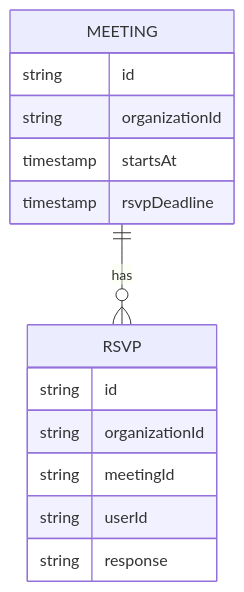
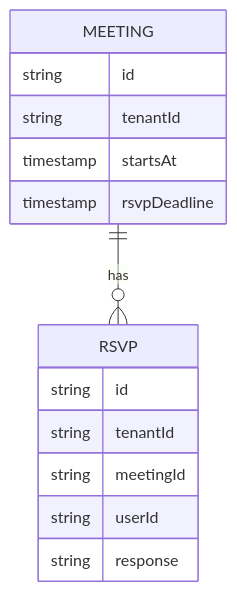
The diagram in src/templates/agents/codex/commands/sdd-design.md (Improve-To-Grow/MUSUBI), drawn with Mermaid before and after one commit. The commit also changed other lines of this file and 57 other files, not shown here.

````diff
--- a/src/templates/agents/codex/commands/sdd-design.md
+++ b/src/templates/agents/codex/commands/sdd-design.md
@@ -291,17 +291,17 @@
 ```mermaid
 erDiagram
     MEETING ||--o{ RSVP : has
     MEETING {
         string id
-        string organizationId
+        string tenantId
         timestamp startsAt
         timestamp rsvpDeadline
     }
     RSVP {
         string id
-        string organizationId
+        string tenantId
         string meetingId
         string userId
         string response
     }
 ```
````
